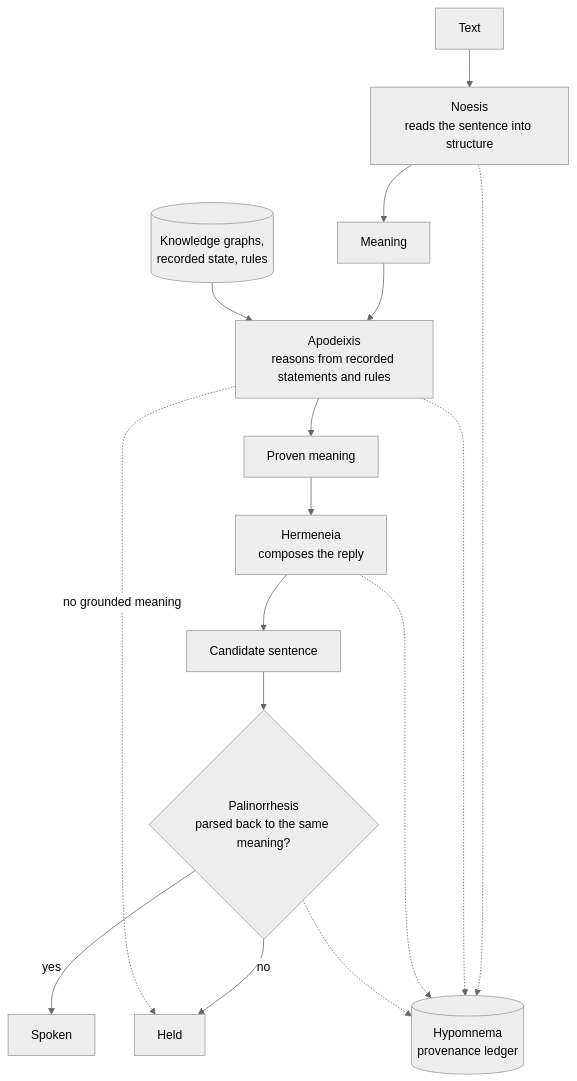
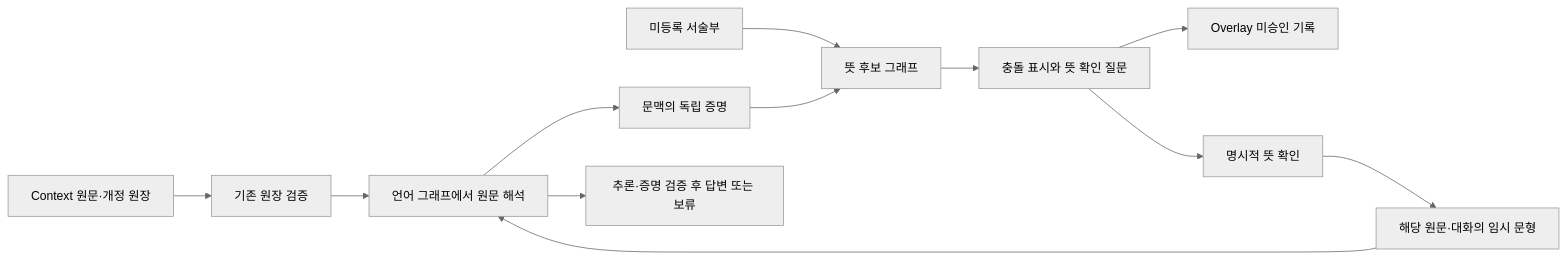
The first of 5 diagrams in README.md (DoTaeIn/Marco), drawn with Mermaid (neutral theme) before and after one commit. The commit also changed other lines of this file and 328 other files, not shown here.

Commit message:
Preserve graph runtime development and organize documentation

````diff
--- a/README.md
+++ b/README.md
@@ -130,15 +32,14 @@
 ```mermaid
-flowchart TD
-    T[Text] --> N[Noesis<br/>reads the sentence into structure]
-    N --> M[Meaning]
-    M --> P[Apodeixis<br/>reasons from recorded statements and rules]
-    KG[(Knowledge graphs,<br/>recorded state, rules)] --> P
-    P --> C[Proven meaning]
-    C --> H[Hermeneia<br/>composes the reply]
-    H --> S[Candidate sentence]
-    S --> R{Palinorrhesis<br/>parsed back to the same meaning?}
-    R -- yes --> SPEAK[Spoken]
-    R -- no --> HOLD[Held]
-    P -. no grounded meaning .-> HOLD
-    N & P & H & R -.-> Y[(Hypomnema<br/>provenance ledger)]
+flowchart LR
+  C[Context 원문·개정 원장] --> V[기존 원장 검증]
+  V --> G[언어 그래프에서 원문 해석]
+  U[미등록 서술부] --> H[뜻 후보 그래프]
+  G --> P[문맥의 독립 증명]
+  P --> H
+  H --> Q[충돌 표시와 뜻 확인 질문]
+  Q --> O[Overlay 미승인 기록]
+  Q --> R[명시적 뜻 확인]
+  R --> S[해당 원문·대화의 임시 문형]
+  S --> G
+  G --> A[추론·증명 검증 후 답변 또는 보류]
 ```
````
